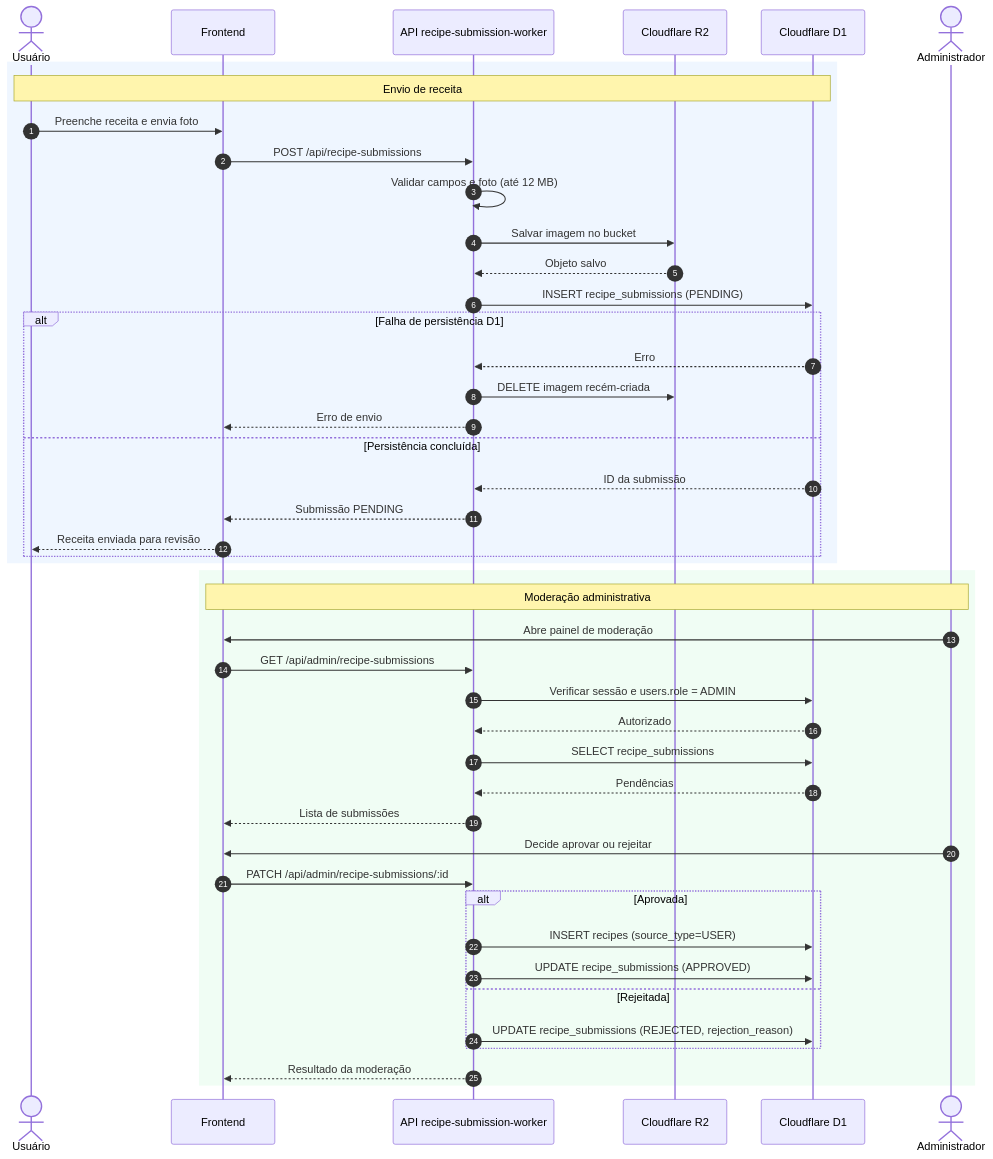
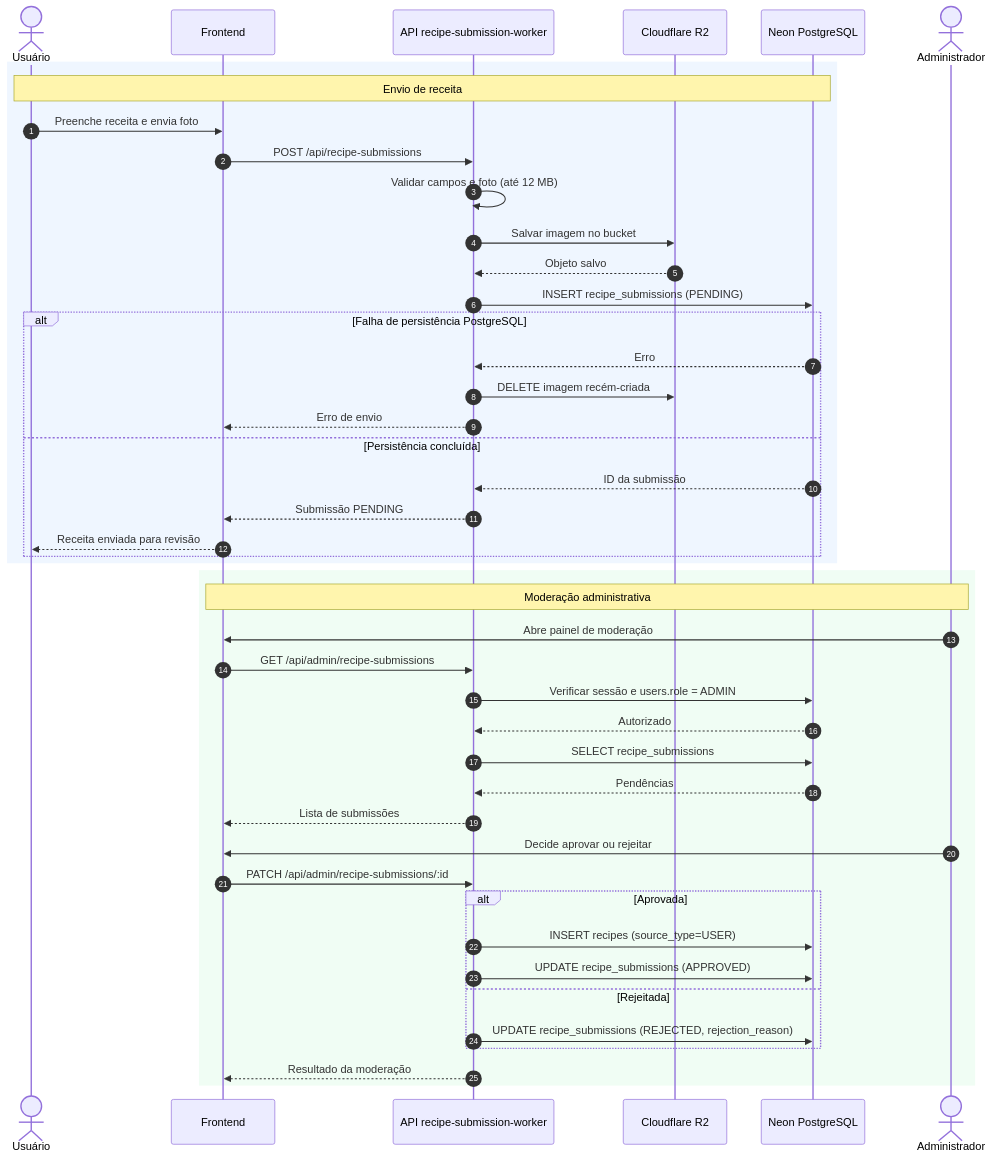
Before and after one commit to pitado/receitando: the diagram in docs/diagramas/sequencia-envio-moderacao.md, drawn with Mermaid. The commit also changed other lines of this file and 71 other files, not shown here.

First line of the commit message:
Fase 4: System Design em PostgreSQL e documentação de escalabilidade

````diff
--- a/docs/diagramas/sequencia-envio-moderacao.md
+++ b/docs/diagramas/sequencia-envio-moderacao.md
@@ -7,49 +7,49 @@
 ```mermaid
 sequenceDiagram
     autonumber
     actor U as Usuário
     participant F as Frontend
     participant A as API recipe-submission-worker
     participant R as Cloudflare R2
-    participant D as Cloudflare D1
+    participant D as Neon PostgreSQL
     actor M as Administrador
 
     rect rgb(239, 246, 255)
       Note over U,D: Envio de receita
       U->>F: Preenche receita e envia foto
       F->>A: POST /api/recipe-submissions
       A->>A: Validar campos e foto (até 12 MB)
       A->>R: Salvar imagem no bucket
       R-->>A: Objeto salvo
       A->>D: INSERT recipe_submissions (PENDING)
-      alt Falha de persistência D1
+      alt Falha de persistência PostgreSQL
         D-->>A: Erro
         A->>R: DELETE imagem recém-criada
         A-->>F: Erro de envio
       else Persistência concluída
         D-->>A: ID da submissão
         A-->>F: Submissão PENDING
         F-->>U: Receita enviada para revisão
       end
     end
 
     rect rgb(240, 253, 244)
       Note over F,M: Moderação administrativa
       M->>F: Abre painel de moderação
       F->>A: GET /api/admin/recipe-submissions
       A->>D: Verificar sessão e users.role = ADMIN
       D-->>A: Autorizado
       A->>D: SELECT recipe_submissions
       D-->>A: Pendências
       A-->>F: Lista de submissões
       M->>F: Decide aprovar ou rejeitar
       F->>A: PATCH /api/admin/recipe-submissions/:id
       alt Aprovada
         A->>D: INSERT recipes (source_type=USER)
         A->>D: UPDATE recipe_submissions (APPROVED)
       else Rejeitada
         A->>D: UPDATE recipe_submissions (REJECTED, rejection_reason)
       end
       A-->>F: Resultado da moderação
     end
 ```
````
